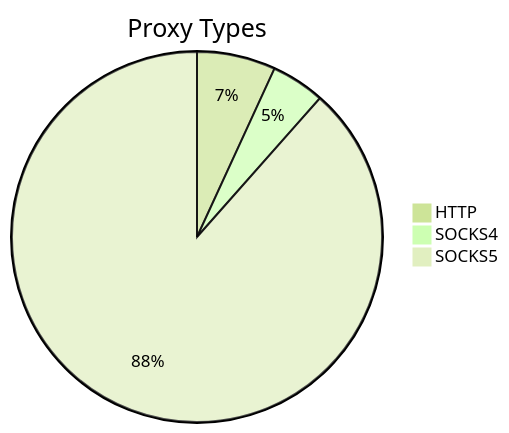
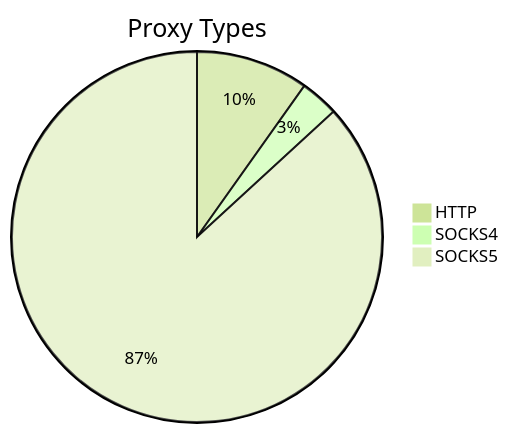
The first of 2 diagrams in README.md (stormsia/proxy-list), drawn with Mermaid (forest theme) before and after one commit. The commit also changed other lines of this file, not shown here.

````diff
--- a/README.md
+++ b/README.md
@@ -21,6 +21,6 @@
 ```mermaid
 pie title Proxy Types
-    "HTTP" : 269
-    "SOCKS4" : 183
-    "SOCKS5" : 3467
+    "HTTP" : 135
+    "SOCKS4" : 46
+    "SOCKS5" : 1193
 ```
````
